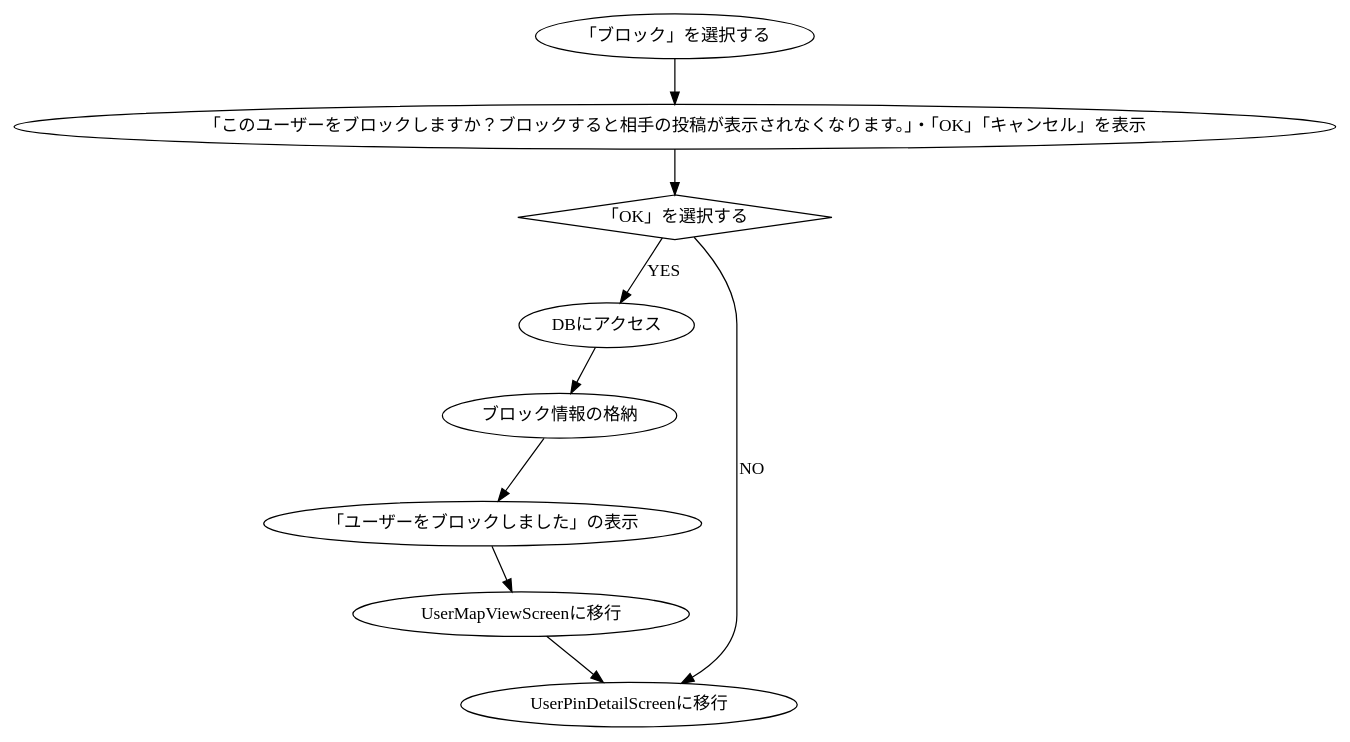
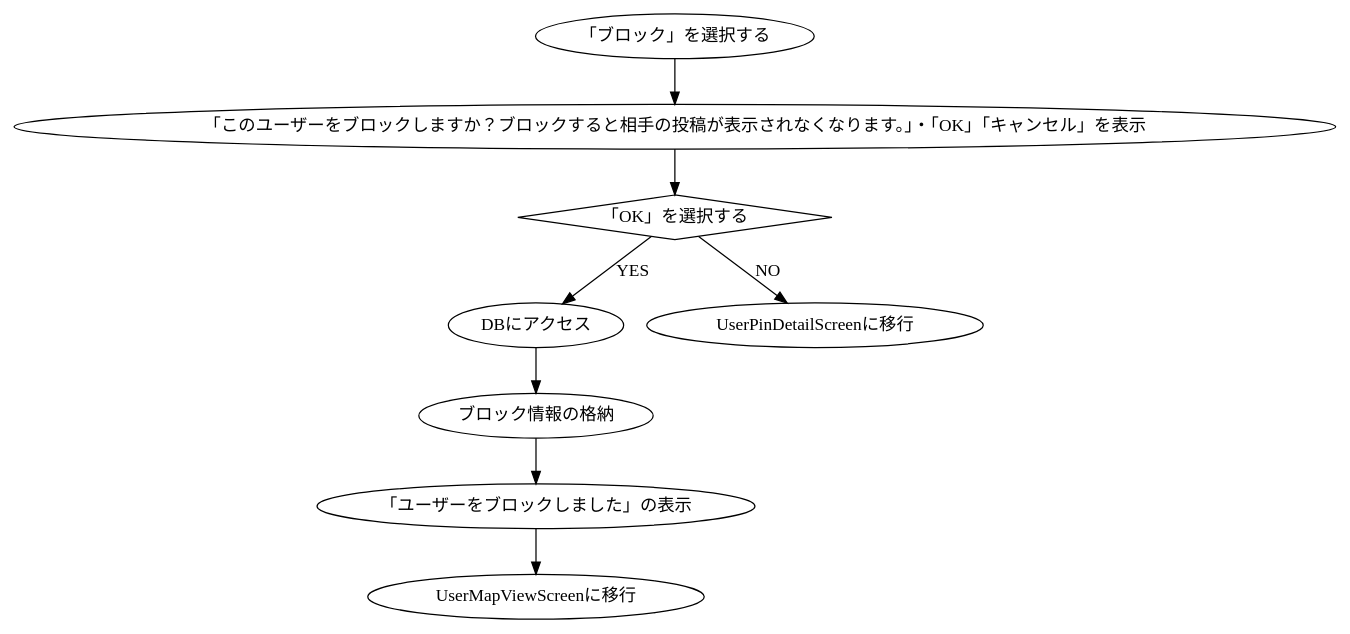
Before and after one commit to KUT-Group12/internal_design: the diagram in dot/marudemaru/UserInputBlockInformation.dot, drawn with Graphviz. The commit also changed 2 other files, not shown here.

```diff
--- a/dot/marudemaru/UserInputBlockInformation.dot
+++ b/dot/marudemaru/UserInputBlockInformation.dot
@@ -1,21 +1,20 @@
 digraph G {
     #include "style.doth"
 
     serect[label = "「ブロック」を選択する"]
     display[label = "「このユーザーをブロックしますか？ブロックすると相手の投稿が表示されなくなります。」・「OK」「キャンセル」を表示"]
     ok[label = "「OK」を選択する", shape = diamond]
     db[label = "DBにアクセス"]
     store[label = "ブロック情報の格納"]
     output[label = "「ユーザーをブロックしました」の表示"]
     map[label = "UserMapViewScreenに移行"]
     view[label = "UserPinDetailScreenに移行"]
 
     serect -> display
     display -> ok
     ok -> db [label = "YES"]
     ok -> view [label = "NO"]
     db -> store
     store -> output
     output -> map
-    map -> view
 }
```
